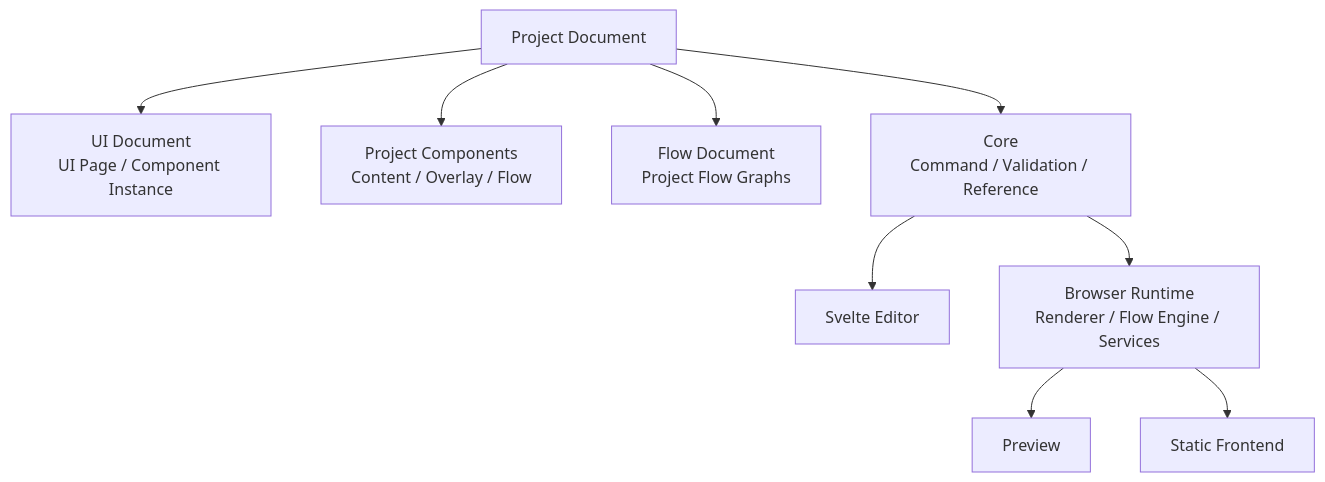
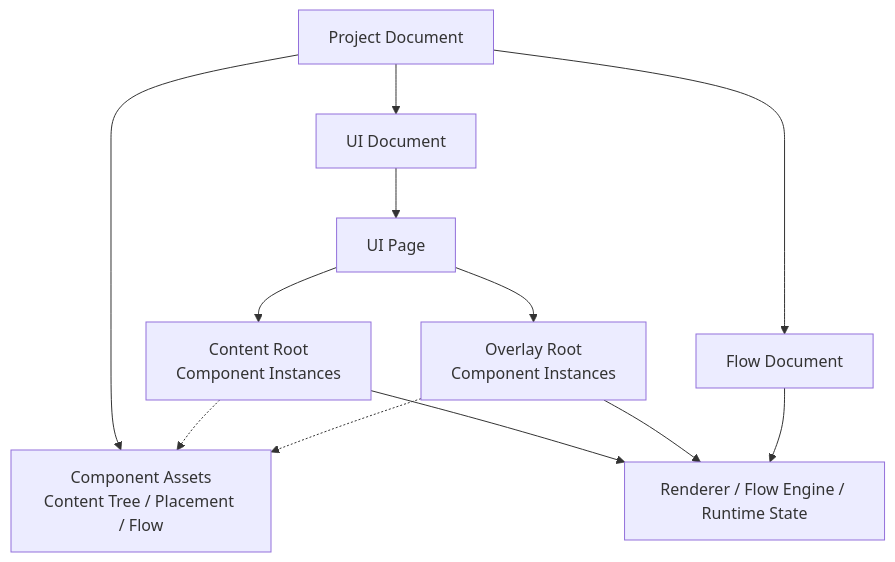
One commit to northwest-hcu/FlagShip changed the fourth of 4 diagrams in docs/architecture/10-examples-roadmap-and-decisions.md. Above: the diagram before and after it, drawn with Mermaid. The commit also changed other lines of this file and 46 other files, not shown here.

````diff
--- a/docs/architecture/10-examples-roadmap-and-decisions.md
+++ b/docs/architecture/10-examples-roadmap-and-decisions.md
@@ -332,21 +152,22 @@
 ```mermaid
 flowchart TB
     Project["Project Document"]
-    UI["UI Document<br/>UI Page / Component Instance"]
-    Components["Project Components<br/>Content / Overlay / Flow"]
-    Flow["Flow Document<br/>Project Flow Graphs"]
-    Core["Core<br/>Command / Validation / Reference"]
-    Editor["Svelte Editor"]
-    Runtime["Browser Runtime<br/>Renderer / Flow Engine / Services"]
-    Preview["Preview"]
-    Export["Static Frontend"]
+    UI["UI Document"]
+    Page["UI Page"]
+    Content["Content Root<br/>Component Instances"]
+    Overlay["Overlay Root<br/>Component Instances"]
+    Components["Component Assets<br/>Content Tree / Placement / Flow"]
+    Flows["Flow Document"]
+    Runtime["Renderer / Flow Engine / Runtime State"]
 
-    Project --> UI
+    Project --> UI --> Page
+    Page --> Content
+    Page --> Overlay
     Project --> Components
-    Project --> Flow
-    Project --> Core
-    Core --> Editor
-    Core --> Runtime
-    Runtime --> Preview
-    Runtime --> Export
+    Content -.-> Components
+    Overlay -.-> Components
+    Project --> Flows
+    Content --> Runtime
+    Overlay --> Runtime
+    Flows --> Runtime
 ```
````
